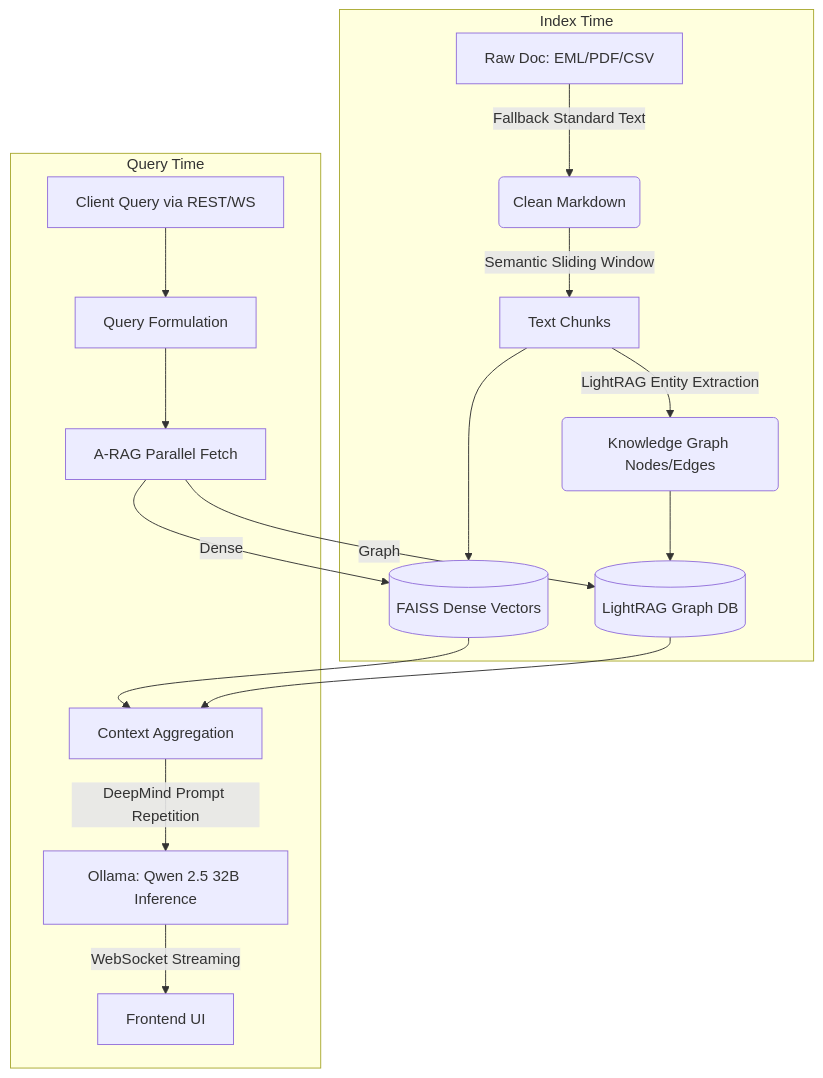
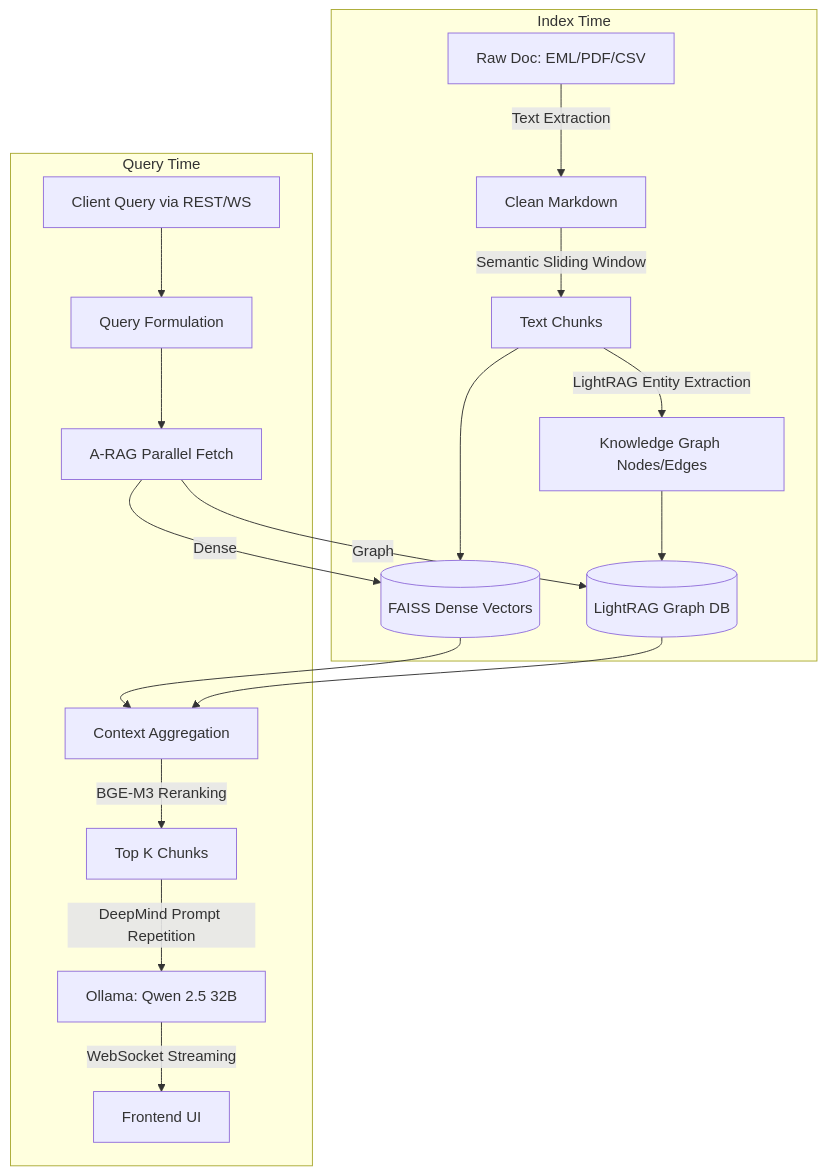
One commit to auraCodesKM/brdAgentBackend changed the diagram in README.md. Above: the diagram before and after it, drawn with Mermaid. The commit also changed other lines of this file, not shown here.

````diff
--- a/README.md
+++ b/README.md
@@ -39,26 +304,21 @@
 ```mermaid
 graph TD
-    %% Ingestion Flow
-    subgraph Ingestion Pipeline [Index Time]
-        A[Raw Doc: EML/PDF/CSV] -->|Fallback Standard Text| B(Clean Markdown)
-        B -->|Semantic Sliding Window| C[Text Chunks]
-        C -->|LightRAG Entity Extraction| D(Knowledge Graph Nodes/Edges)
-        
-        C --> F[(FAISS Dense Vectors)]
-        D --> H[(LightRAG Graph DB)]
+    subgraph Ingestion["Index Time"]
+        A["Raw Doc: EML/PDF/CSV"] -->|Text Extraction| B["Clean Markdown"]
+        B -->|Semantic Sliding Window| C["Text Chunks"]
+        C -->|LightRAG Entity Extraction| D["Knowledge Graph Nodes/Edges"]
+        C --> F[("FAISS Dense Vectors")]
+        D --> H[("LightRAG Graph DB")]
     end
 
-    %% Retrieval Flow
-    subgraph Generation Pipeline [Query Time]
-        I[Client Query via REST/WS] --> L[Query Formulation]
-        L --> M[A-RAG Parallel Fetch]
-        
+    subgraph Generation["Query Time"]
+        I["Client Query via REST/WS"] --> L["Query Formulation"]
+        L --> M["A-RAG Parallel Fetch"]
         M -->|Dense| F
         M -->|Graph| H
-        
-        F & H --> N[Context Aggregation]
-        
-        N -->|DeepMind Prompt Repetition| R[Ollama: Qwen 2.5 32B Inference]
-        R -->|WebSocket Streaming| S[Frontend UI]
+        F & H --> N["Context Aggregation"]
+        N -->|BGE-M3 Reranking| O["Top K Chunks"]
+        O -->|DeepMind Prompt Repetition| R["Ollama: Qwen 2.5 32B"]
+        R -->|WebSocket Streaming| S["Frontend UI"]
     end
 ```
````
